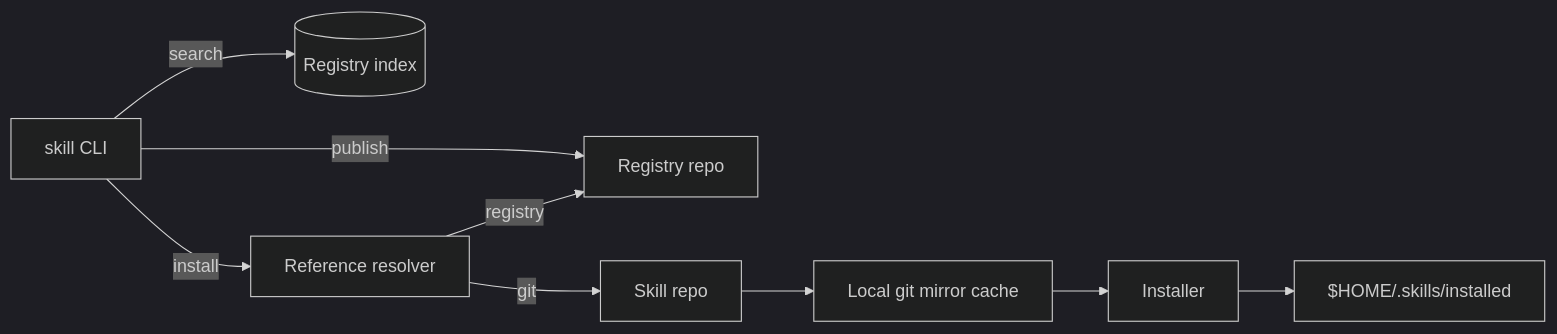
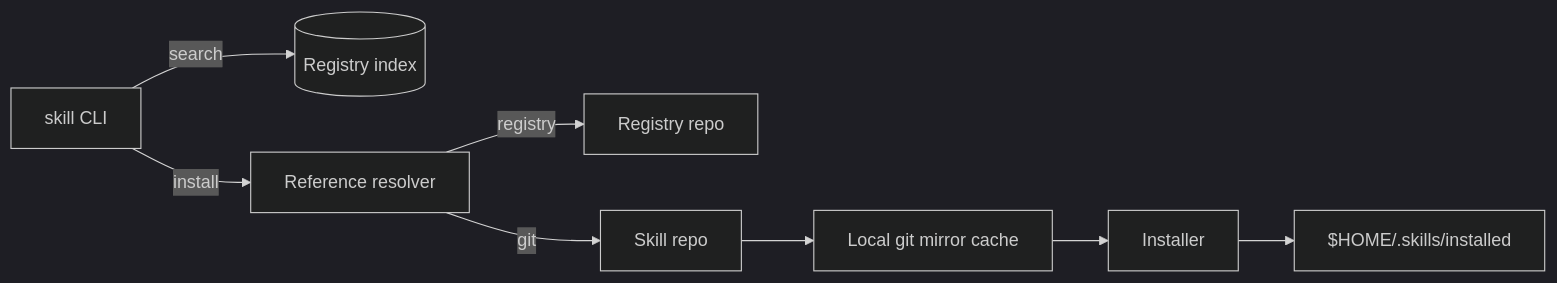
Before and after one commit to philipesteiff/skill: the diagram in README.md, drawn with Mermaid (dark theme). The commit also changed other lines of this file and 8 other files, not shown here.

````diff
--- a/README.md
+++ b/README.md
@@ -14,12 +14,11 @@
 ```mermaid
 flowchart LR
   CLI[skill CLI]
   CLI -->|search| RegistryIndex[(Registry index)]
   CLI -->|install| Resolver[Reference resolver]
   Resolver -->|registry| RegistryRepo[Registry repo]
   Resolver -->|git| SkillRepo[Skill repo]
   SkillRepo --> Mirror[Local git mirror cache]
   Mirror --> Installer[Installer]
   Installer --> SkillsHome[$HOME/.skills/installed]
-  CLI -->|publish| RegistryRepo
 ```
````
